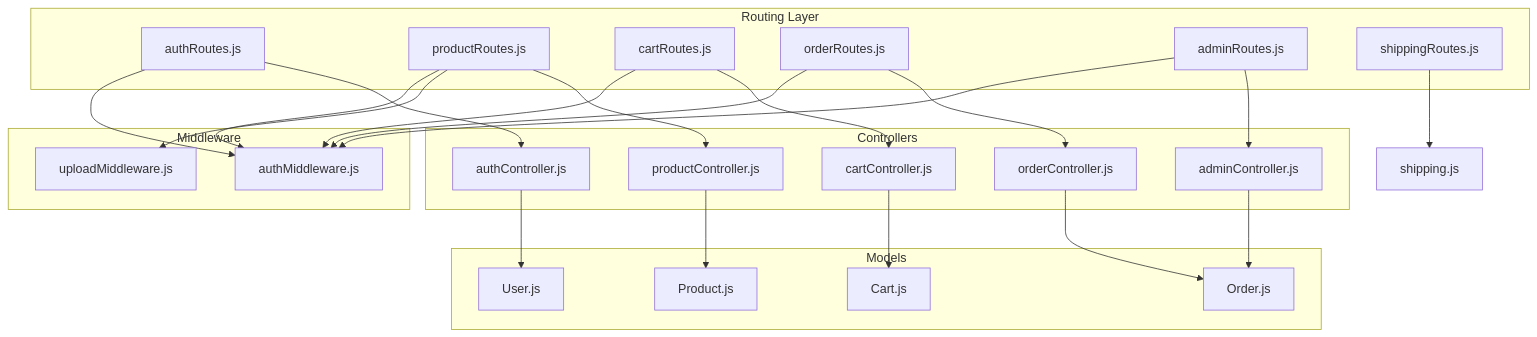
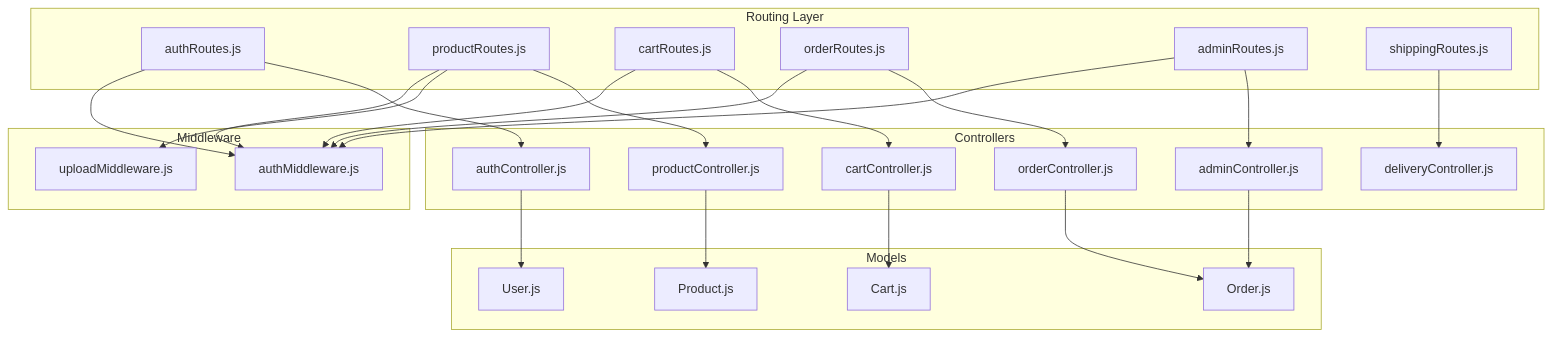
One commit to Pavan-PSPK9032/TrendsandToss changed the second of 10 diagrams in .qoder/repowiki/en/content/Backend API Documentation/Backend API Documentation.md. Above: the diagram before and after it, drawn with Mermaid. The commit also changed other lines of this file and 16 other files, not shown here.

````diff
--- a/.qoder/repowiki/en/content/Backend API Documentation/Backend API Documentation.md
+++ b/.qoder/repowiki/en/content/Backend API Documentation/Backend API Documentation.md
@@ -99,40 +100,41 @@
 ```mermaid
 graph TB
 subgraph "Routing Layer"
 RAuth["authRoutes.js"]
 RProd["productRoutes.js"]
 RCart["cartRoutes.js"]
 ROrder["orderRoutes.js"]
 RAdmin["adminRoutes.js"]
 RShip["shippingRoutes.js"]
 end
 subgraph "Middleware"
 MAuth["authMiddleware.js"]
 MUpload["uploadMiddleware.js"]
 end
 subgraph "Controllers"
 CAuth["authController.js"]
 CProd["productController.js"]
 CCart["cartController.js"]
 COrder["orderController.js"]
 CAdmin["adminController.js"]
+CDelivery["deliveryController.js"]
 end
 subgraph "Models"
 MUser["User.js"]
 MProd["Product.js"]
 MCart["Cart.js"]
 MOrder["Order.js"]
 end
 RAuth --> CAuth --> MUser
 RProd --> CProd --> MProd
 RCart --> CCart --> MCart
 ROrder --> COrder --> MOrder
 RAdmin --> CAdmin --> MOrder
-RShip --> ShipCfg["shipping.js"]
+RShip --> CDelivery
 RProd --> MUpload
 RAuth --> MAuth
 RProd --> MAuth
 RCart --> MAuth
 ROrder --> MAuth
 RAdmin --> MAuth
 ```
````
